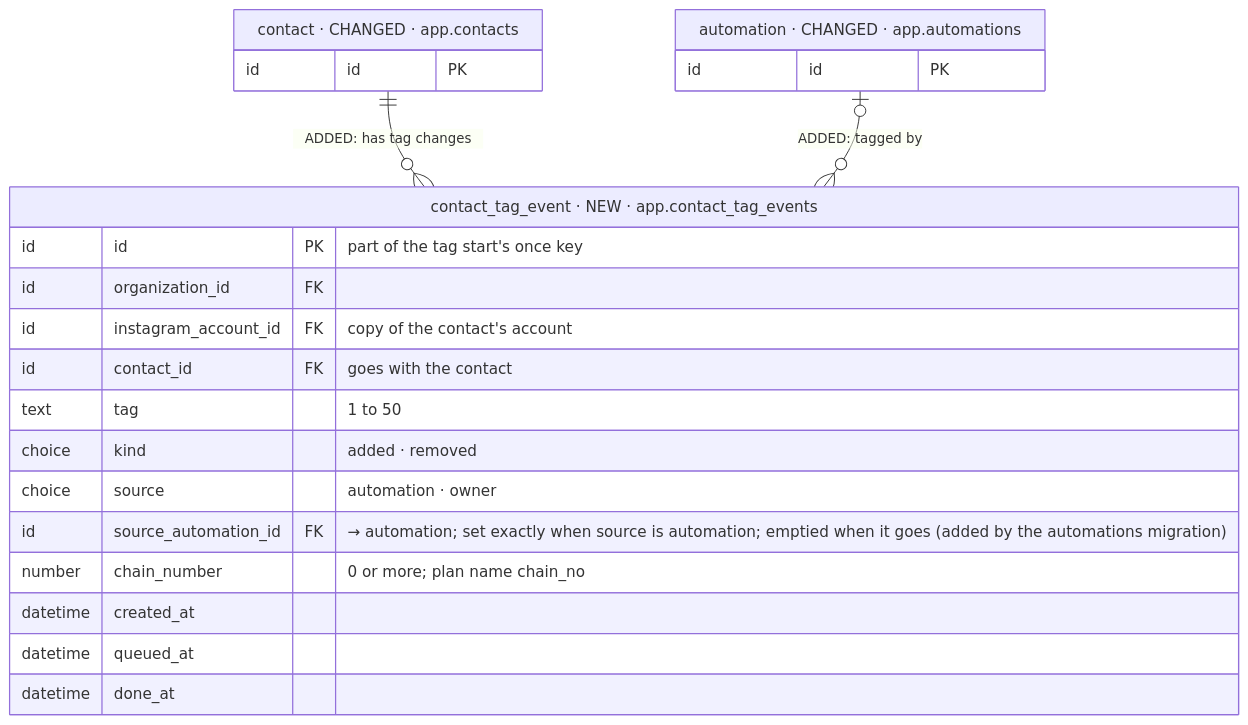
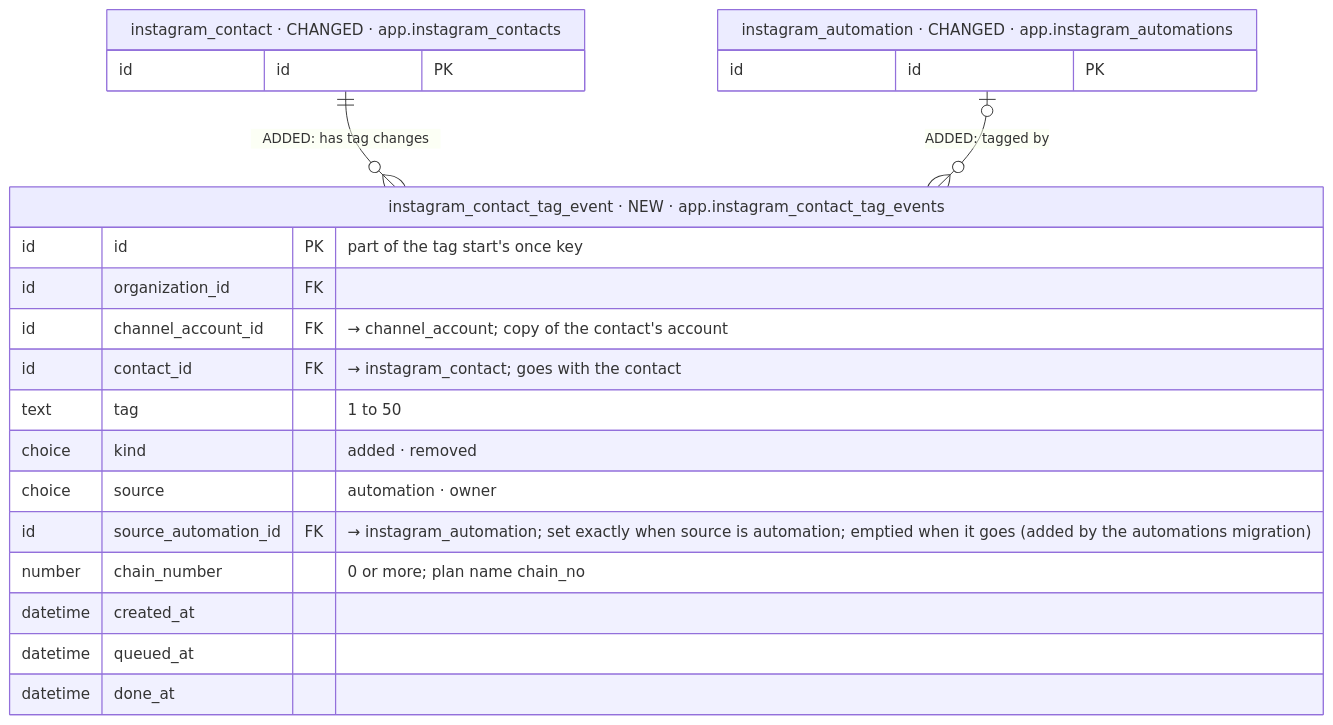
Before and after one commit to albetrios/meepzo-be: the tenth of 40 diagrams in iterations/feat-instagram-dm-sending-2026-11-23-oxak/plans/db-changes.md, drawn with Mermaid. The commit also changed other lines of this file and 3 other files, not shown here.

````diff
--- a/iterations/feat-instagram-dm-sending-2026-11-23-oxak/plans/db-changes.md
+++ b/iterations/feat-instagram-dm-sending-2026-11-23-oxak/plans/db-changes.md
@@ -489,25 +614,25 @@
 ```mermaid
 erDiagram
-  contact_tag_event["contact_tag_event · NEW · app.contact_tag_events"] {
+  instagram_contact_tag_event["instagram_contact_tag_event · NEW · app.instagram_contact_tag_events"] {
     id id PK "part of the tag start's once key"
     id organization_id FK
-    id instagram_account_id FK "copy of the contact's account"
-    id contact_id FK "goes with the contact"
+    id channel_account_id FK "→ channel_account; copy of the contact's account"
+    id contact_id FK "→ instagram_contact; goes with the contact"
     text tag "1 to 50"
     choice kind "added · removed"
     choice source "automation · owner"
-    id source_automation_id FK "→ automation; set exactly when source is automation; emptied when it goes (added by the automations migration)"
+    id source_automation_id FK "→ instagram_automation; set exactly when source is automation; emptied when it goes (added by the automations migration)"
     number chain_number "0 or more; plan name chain_no"
     datetime created_at
     datetime queued_at
     datetime done_at
   }
-  contact["contact · CHANGED · app.contacts"] {
+  instagram_contact["instagram_contact · CHANGED · app.instagram_contacts"] {
     id id PK
   }
-  automation["automation · CHANGED · app.automations"] {
+  instagram_automation["instagram_automation · CHANGED · app.instagram_automations"] {
     id id PK
   }
-  contact ||--o{ contact_tag_event : "ADDED: has tag changes"
-  automation |o--o{ contact_tag_event : "ADDED: tagged by"
+  instagram_contact ||--o{ instagram_contact_tag_event : "ADDED: has tag changes"
+  instagram_automation |o--o{ instagram_contact_tag_event : "ADDED: tagged by"
 ```
````
